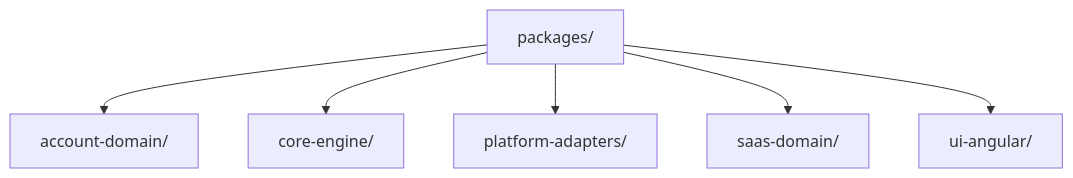
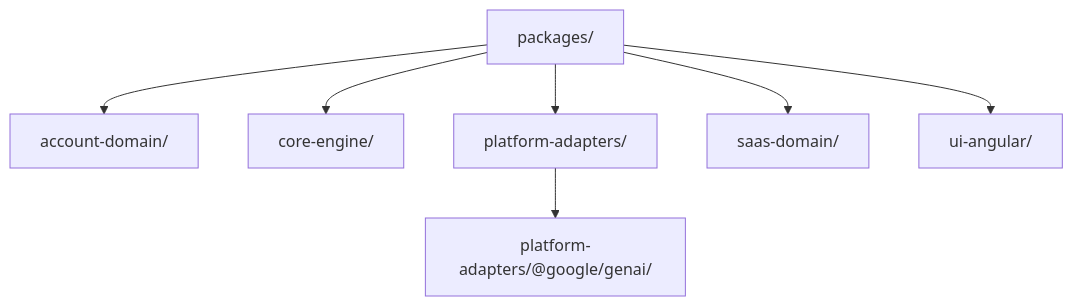
Before and after one commit to 7Spade/ng-dragon: the fifth of 5 diagrams in Mermaid.md, drawn with Mermaid. The commit also changed other lines of this file and 1 other file, not shown here.

Commit message:
docs: extend packages tree for google genai adapter

````diff
--- a/Mermaid.md
+++ b/Mermaid.md
@@ -122,9 +123,10 @@
 ```mermaid
 flowchart TD
     packages["packages/"]
     packages --> acc["account-domain/"]
     packages --> core["core-engine/"]
     packages --> adapters["platform-adapters/"]
     packages --> saas["saas-domain/"]
     packages --> ui["ui-angular/"]
+    adapters --> googleGenAI["platform-adapters/@google/genai/"]
 ```
````
